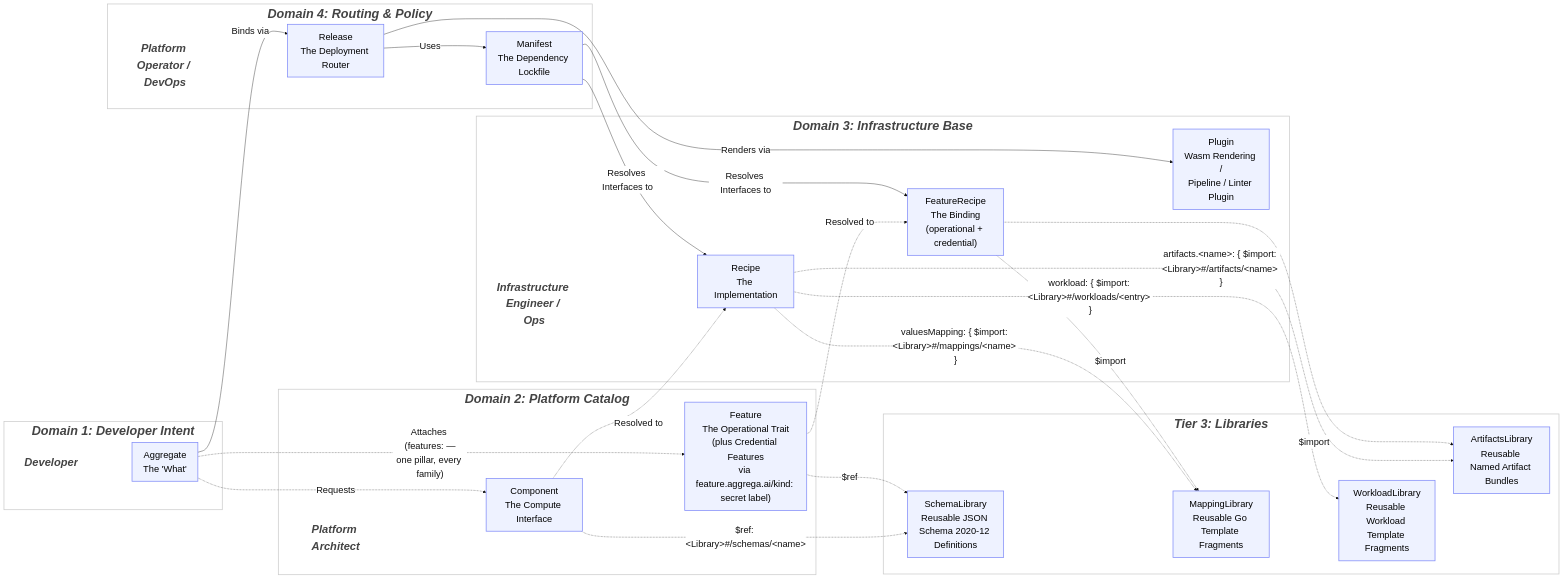
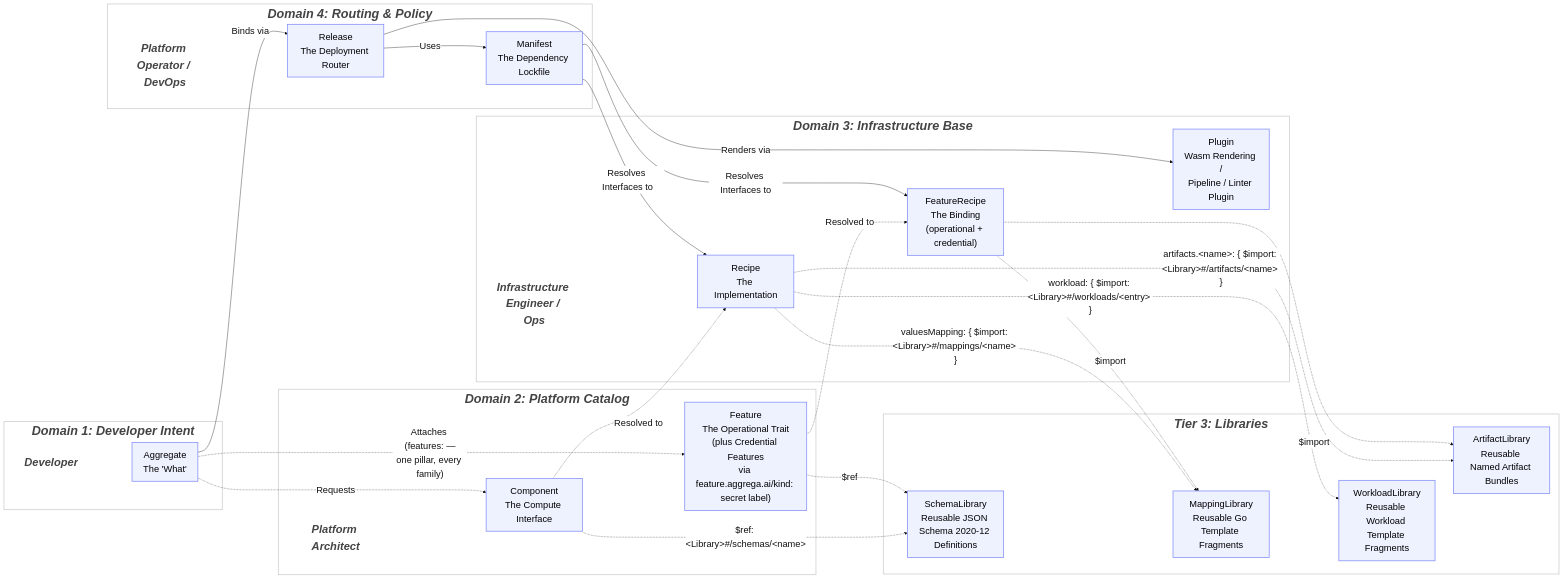
Before and after one commit to aggrega-ai/aggrega-docs: the diagram in architecture/04-entity-taxonomy.md, drawn with Mermaid. The commit also changed other lines of this file and 21 other files, not shown here.

Commit message:
docs: name the artifact library kind in the singular

```diff
--- a/architecture/04-entity-taxonomy.md
+++ b/architecture/04-entity-taxonomy.md
@@ -57,7 +57,7 @@
         SL["SchemaLibrary<br/>Reusable JSON Schema 2020-12 Definitions"]:::baseNode
         ML["MappingLibrary<br/>Reusable Go Template Fragments"]:::baseNode
         WL["WorkloadLibrary<br/>Reusable Workload Template Fragments"]:::baseNode
-        AL["ArtifactsLibrary<br/>Reusable Named Artifact Bundles"]:::baseNode
+        AL["ArtifactLibrary<br/>Reusable Named Artifact Bundles"]:::baseNode
         SL ~~~ ML
         ML ~~~ WL
         WL ~~~ AL
```
